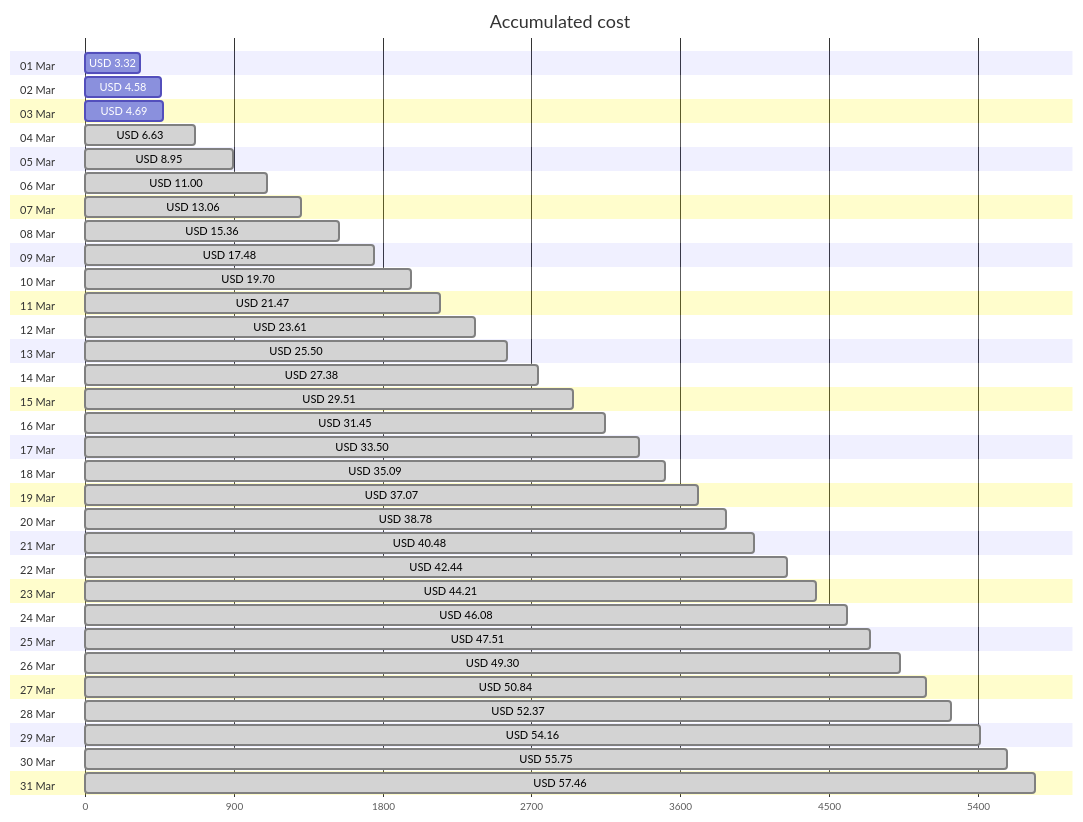
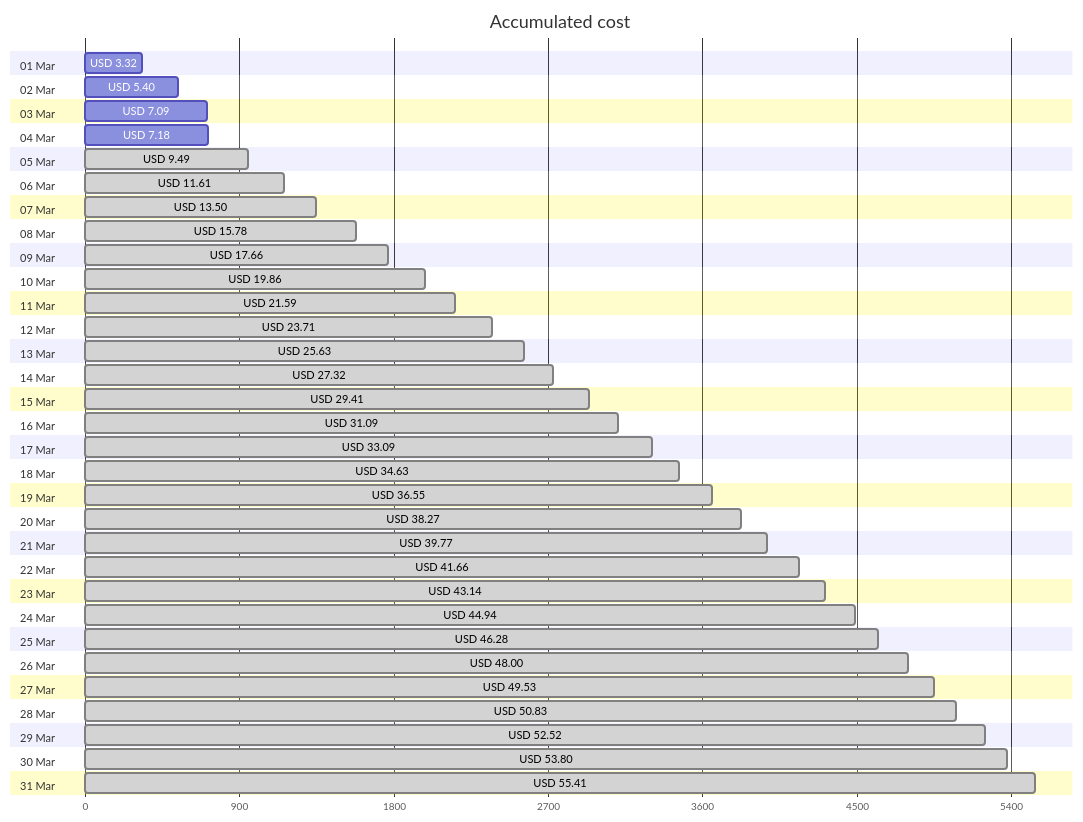
Before and after one commit to jpfulton/azure-personal-reports: the first of 4 diagrams in cost-reports/accumulated-cost.md, drawn with Mermaid. The commit also changed other lines of this file and 4 other files, not shown here.

````diff
--- a/cost-reports/accumulated-cost.md
+++ b/cost-reports/accumulated-cost.md
@@ -20,68 +20,68 @@
 ```mermaid
 gantt
    title Accumulated cost
    dateFormat  X
    axisFormat %s
    section 01 Mar
    USD 3.32 :0, 332
    section 02 Mar
-   USD 4.58 :0, 458
+   USD 5.40 :0, 540
    section 03 Mar
-   USD 4.69 :0, 469
+   USD 7.09 :0, 709
    section 04 Mar
-   USD 6.63 : done, 0, 663
+   USD 7.18 :0, 718
    section 05 Mar
-   USD 8.95 : done, 0, 895
+   USD 9.49 : done, 0, 949
    section 06 Mar
-   USD 11.00 : done, 0, 1100
+   USD 11.61 : done, 0, 1161
    section 07 Mar
-   USD 13.06 : done, 0, 1306
+   USD 13.50 : done, 0, 1350
    section 08 Mar
-   USD 15.36 : done, 0, 1536
+   USD 15.78 : done, 0, 1578
    section 09 Mar
-   USD 17.48 : done, 0, 1748
+   USD 17.66 : done, 0, 1766
    section 10 Mar
-   USD 19.70 : done, 0, 1970
+   USD 19.86 : done, 0, 1986
    section 11 Mar
-   USD 21.47 : done, 0, 2147
+   USD 21.59 : done, 0, 2159
    section 12 Mar
-   USD 23.61 : done, 0, 2361
+   USD 23.71 : done, 0, 2371
    section 13 Mar
-   USD 25.50 : done, 0, 2550
+   USD 25.63 : done, 0, 2563
    section 14 Mar
-   USD 27.38 : done, 0, 2738
+   USD 27.32 : done, 0, 2732
    section 15 Mar
-   USD 29.51 : done, 0, 2951
+   USD 29.41 : done, 0, 2941
    section 16 Mar
-   USD 31.45 : done, 0, 3145
+   USD 31.09 : done, 0, 3109
    section 17 Mar
-   USD 33.50 : done, 0, 3350
+   USD 33.09 : done, 0, 3309
    section 18 Mar
-   USD 35.09 : done, 0, 3509
+   USD 34.63 : done, 0, 3463
    section 19 Mar
-   USD 37.07 : done, 0, 3707
+   USD 36.55 : done, 0, 3655
    section 20 Mar
-   USD 38.78 : done, 0, 3878
+   USD 38.27 : done, 0, 3827
    section 21 Mar
-   USD 40.48 : done, 0, 4048
+   USD 39.77 : done, 0, 3977
    section 22 Mar
-   USD 42.44 : done, 0, 4244
+   USD 41.66 : done, 0, 4166
    section 23 Mar
-   USD 44.21 : done, 0, 4421
+   USD 43.14 : done, 0, 4314
    section 24 Mar
-   USD 46.08 : done, 0, 4608
+   USD 44.94 : done, 0, 4494
    section 25 Mar
-   USD 47.51 : done, 0, 4751
+   USD 46.28 : done, 0, 4628
    section 26 Mar
-   USD 49.30 : done, 0, 4930
+   USD 48.00 : done, 0, 4800
    section 27 Mar
-   USD 50.84 : done, 0, 5084
+   USD 49.53 : done, 0, 4953
    section 28 Mar
-   USD 52.37 : done, 0, 5237
+   USD 50.83 : done, 0, 5083
    section 29 Mar
-   USD 54.16 : done, 0, 5416
+   USD 52.52 : done, 0, 5252
    section 30 Mar
-   USD 55.75 : done, 0, 5575
+   USD 53.80 : done, 0, 5380
    section 31 Mar
-   USD 57.46 : done, 0, 5746
+   USD 55.41 : done, 0, 5541
 ```
````
